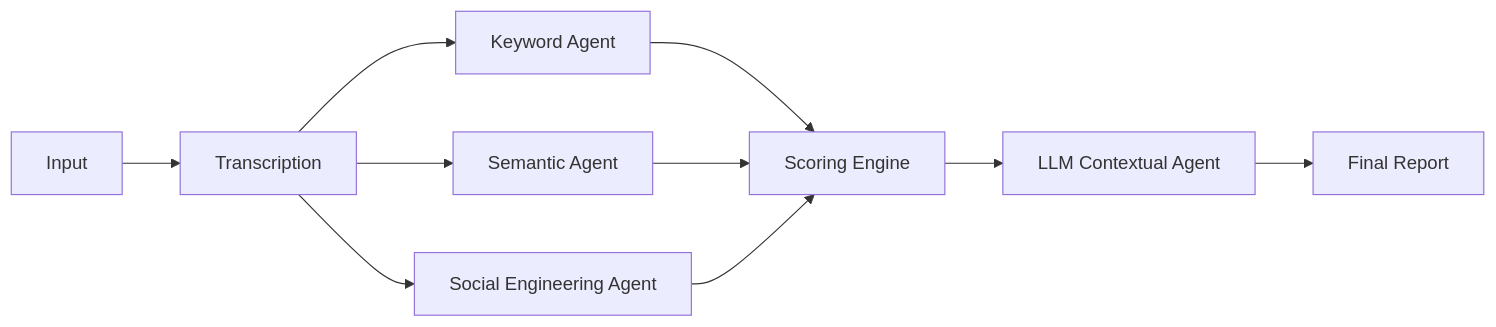
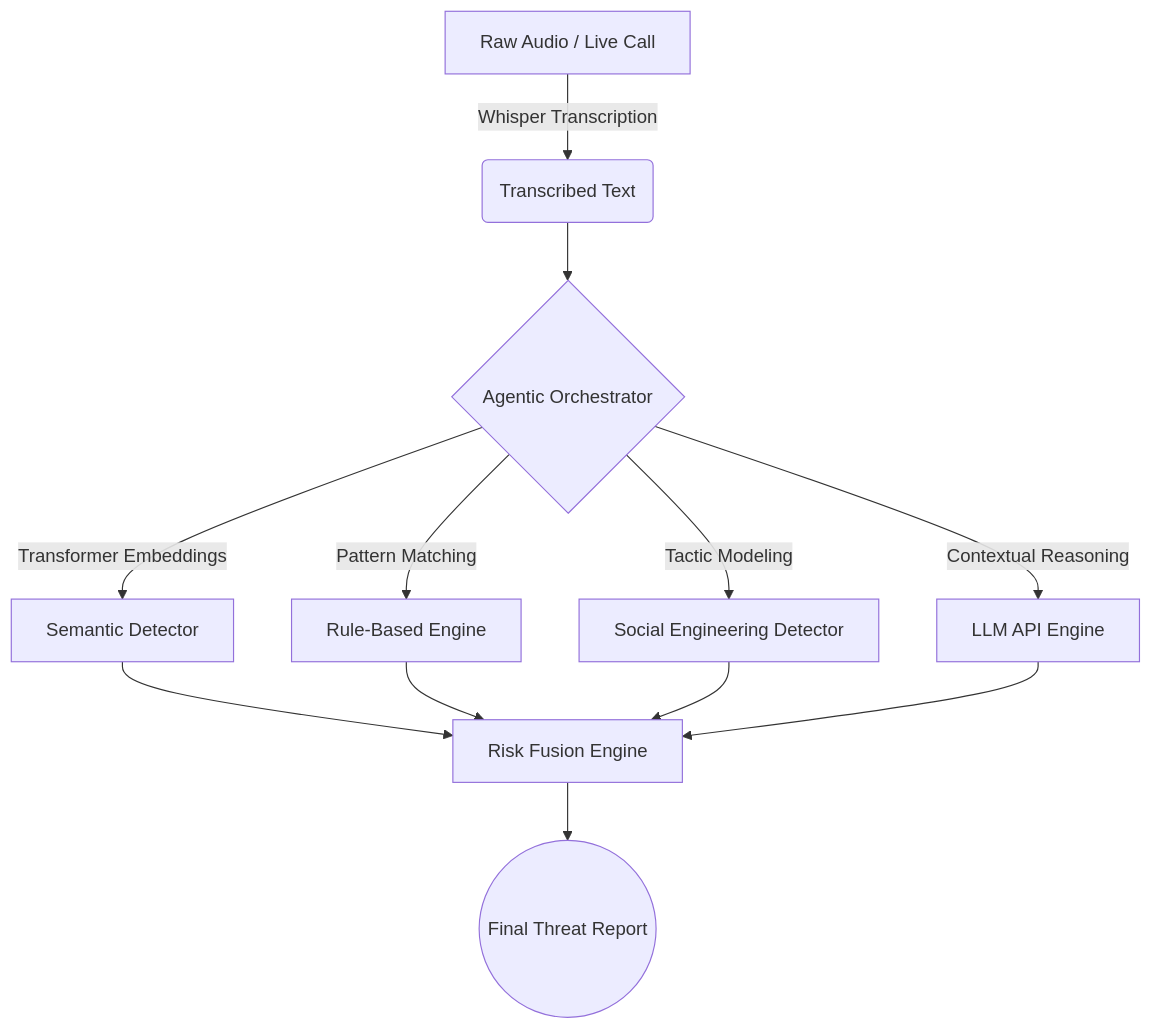
Before and after one commit to coolss21/Agentic_AI_Scam_Call_Detection: the diagram in README.md, drawn with Mermaid. The commit also changed other lines of this file, not shown here.

````diff
--- a/README.md
+++ b/README.md
@@ -32,12 +40,14 @@
 ```mermaid
-graph LR
-    A[Input] --> B[Transcription]
-    B --> C[Keyword Agent]
-    B --> D[Semantic Agent]
-    B --> E[Social Engineering Agent]
-    C --> F[Scoring Engine]
-    D --> F
-    E --> F
-    F --> G[LLM Contextual Agent]
-    G --> H[Final Report]
+graph TD
+    A[Raw Audio / Live Call] -->|Whisper Transcription| B(Transcribed Text)
+    B --> C{Agentic Orchestrator}
+    C -->|Transformer Embeddings| D[Semantic Detector]
+    C -->|Pattern Matching| E[Rule-Based Engine]
+    C -->|Tactic Modeling| F[Social Engineering Detector]
+    C -->|Contextual Reasoning| G[LLM API Engine]
+    D --> H[Risk Fusion Engine]
+    E --> H
+    F --> H
+    G --> H
+    H --> I((Final Threat Report))
 ```
````
